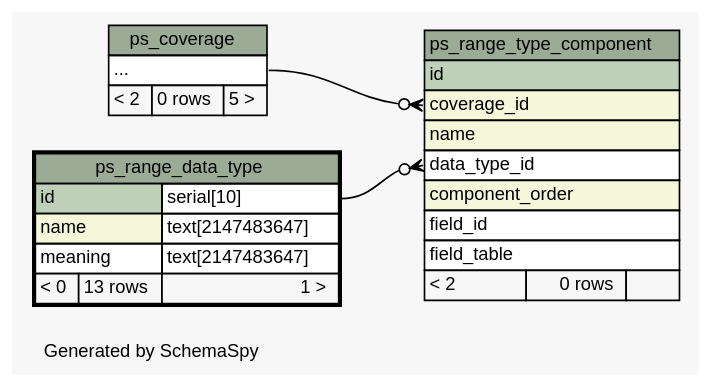
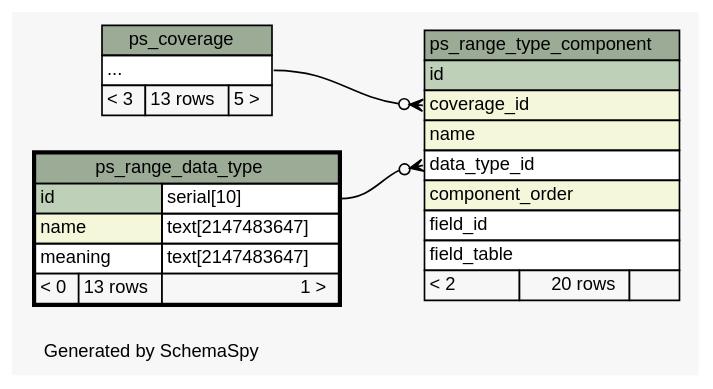
The diagram in manuals_and_examples/manuals/doc-petascope/dbschema/schema/diagrams/ps_range_data_type.2degrees.dot (kalxas/rasdaman), drawn with Graphviz before and after one commit. The commit also changed 173 other files, not shown here.

Commit message:
ticket:567 - Update SchemaSpy documentation to include petascopedb updates #9 to #13.

```diff
--- a/manuals_and_examples/manuals/doc-petascope/dbschema/schema/diagrams/ps_range_data_type.2degrees.dot
+++ b/manuals_and_examples/manuals/doc-petascope/dbschema/schema/diagrams/ps_range_data_type.2degrees.dot
@@ -1,62 +1,62 @@
-// dot 2.26.3 on Linux 3.2.0-58-generic
+// dot 2.26.3 on Linux 3.2.0-65-generic
 // SchemaSpy rev 590
 digraph "twoDegreesRelationshipsDiagram" {
   graph [
     rankdir="RL"
     bgcolor="#f7f7f7"
     label="\nGenerated by SchemaSpy"
     labeljust="l"
     nodesep="0.18"
     ranksep="0.46"
     fontname="Helvetica"
     fontsize="11"
   ];
   node [
     fontname="Helvetica"
     fontsize="11"
     shape="plaintext"
   ];
   edge [
     arrowsize="0.8"
   ];
   "ps_range_type_component":"coverage_id":w -> "ps_coverage":"elipses":e [arrowhead=none dir=back arrowtail=crowodot];
   "ps_range_type_component":"data_type_id":w -> "ps_range_data_type":"id.type":e [arrowhead=none dir=back arrowtail=crowodot];
   "ps_coverage" [
     label=<
     <TABLE BORDER="0" CELLBORDER="1" CELLSPACING="0" BGCOLOR="#ffffff">
       <TR><TD COLSPAN="3" BGCOLOR="#9bab96" ALIGN="CENTER">ps_coverage</TD></TR>
       <TR><TD PORT="elipses" COLSPAN="3" ALIGN="LEFT">...</TD></TR>
-      <TR><TD ALIGN="LEFT" BGCOLOR="#f7f7f7">&lt; 2</TD><TD ALIGN="RIGHT" BGCOLOR="#f7f7f7">0 rows</TD><TD ALIGN="RIGHT" BGCOLOR="#f7f7f7">5 &gt;</TD></TR>
+      <TR><TD ALIGN="LEFT" BGCOLOR="#f7f7f7">&lt; 3</TD><TD ALIGN="RIGHT" BGCOLOR="#f7f7f7">13 rows</TD><TD ALIGN="RIGHT" BGCOLOR="#f7f7f7">5 &gt;</TD></TR>
     </TABLE>>
     URL="ps_coverage.html"
     tooltip="ps_coverage"
   ];
   "ps_range_data_type" [
     label=<
     <TABLE BORDER="2" CELLBORDER="1" CELLSPACING="0" BGCOLOR="#ffffff">
       <TR><TD COLSPAN="3" BGCOLOR="#9bab96" ALIGN="CENTER">ps_range_data_type</TD></TR>
       <TR><TD PORT="id" COLSPAN="2" BGCOLOR="#bed1b8" ALIGN="LEFT">id</TD><TD PORT="id.type" ALIGN="LEFT">serial[10]</TD></TR>
       <TR><TD PORT="name" COLSPAN="2" BGCOLOR="#f4f7da" ALIGN="LEFT">name</TD><TD PORT="name.type" ALIGN="LEFT">text[2147483647]</TD></TR>
       <TR><TD PORT="meaning" COLSPAN="2" ALIGN="LEFT">meaning</TD><TD PORT="meaning.type" ALIGN="LEFT">text[2147483647]</TD></TR>
       <TR><TD ALIGN="LEFT" BGCOLOR="#f7f7f7">&lt; 0</TD><TD ALIGN="RIGHT" BGCOLOR="#f7f7f7">13 rows</TD><TD ALIGN="RIGHT" BGCOLOR="#f7f7f7">1 &gt;</TD></TR>
     </TABLE>>
     URL="ps_range_data_type.html"
     tooltip="ps_range_data_type"
   ];
   "ps_range_type_component" [
     label=<
     <TABLE BORDER="0" CELLBORDER="1" CELLSPACING="0" BGCOLOR="#ffffff">
       <TR><TD COLSPAN="3" BGCOLOR="#9bab96" ALIGN="CENTER">ps_range_type_component</TD></TR>
       <TR><TD PORT="id" COLSPAN="3" BGCOLOR="#bed1b8" ALIGN="LEFT">id</TD></TR>
       <TR><TD PORT="coverage_id" COLSPAN="3" BGCOLOR="#f4f7da" ALIGN="LEFT">coverage_id</TD></TR>
       <TR><TD PORT="name" COLSPAN="3" BGCOLOR="#f4f7da" ALIGN="LEFT">name</TD></TR>
       <TR><TD PORT="data_type_id" COLSPAN="3" ALIGN="LEFT">data_type_id</TD></TR>
       <TR><TD PORT="component_order" COLSPAN="3" BGCOLOR="#f4f7da" ALIGN="LEFT">component_order</TD></TR>
       <TR><TD PORT="field_id" COLSPAN="3" ALIGN="LEFT">field_id</TD></TR>
       <TR><TD PORT="field_table" COLSPAN="3" ALIGN="LEFT">field_table</TD></TR>
-      <TR><TD ALIGN="LEFT" BGCOLOR="#f7f7f7">&lt; 2</TD><TD ALIGN="RIGHT" BGCOLOR="#f7f7f7">0 rows</TD><TD ALIGN="RIGHT" BGCOLOR="#f7f7f7">  </TD></TR>
+      <TR><TD ALIGN="LEFT" BGCOLOR="#f7f7f7">&lt; 2</TD><TD ALIGN="RIGHT" BGCOLOR="#f7f7f7">20 rows</TD><TD ALIGN="RIGHT" BGCOLOR="#f7f7f7">  </TD></TR>
     </TABLE>>
     URL="ps_range_type_component.html"
     tooltip="ps_range_type_component"
   ];
 }
```
